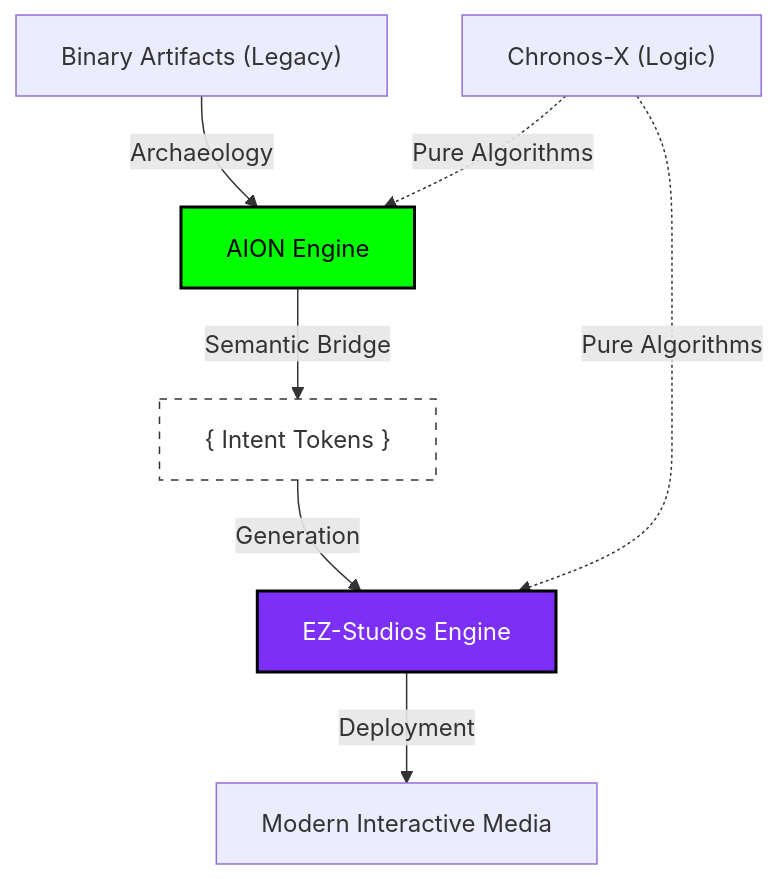
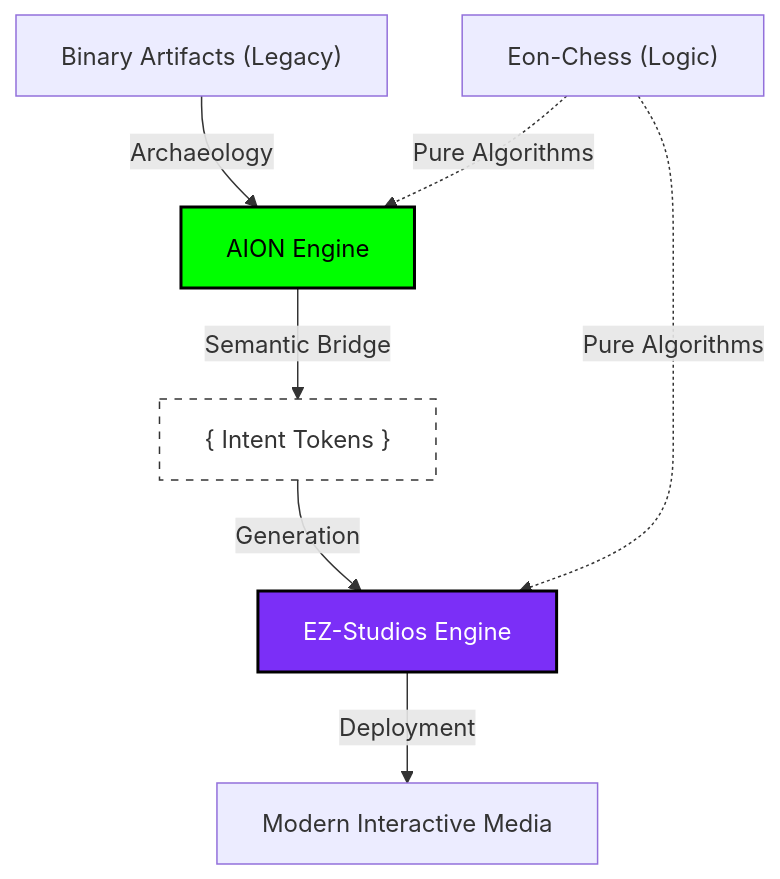
One commit to ez-fundation/.github changed the diagram in profile/README.md. Above: the diagram before and after it, drawn with Mermaid. The commit also changed other lines of this file and 1 other file, not shown here.

Commit message:
docs: replace Chronos-X with Eon-Chess as the central Logic pillar

````diff
--- a/profile/README.md
+++ b/profile/README.md
@@ -40,13 +40,13 @@
 ```mermaid
 graph TD
     A["Binary Artifacts (Legacy)"] -->|Archaeology| B["AION Engine"]
     B -->|Semantic Bridge| C["{ Intent Tokens }"]
     C -->|Generation| D["EZ-Studios Engine"]
     D -->|Deployment| E["Modern Interactive Media"]
-    F["Chronos-X (Logic)"] -.->|Pure Algorithms| B
+    F["Eon-Chess (Logic)"] -.->|Pure Algorithms| B
     F -.->|Pure Algorithms| D
     
     style B fill:#00ff00,stroke:#000,stroke-width:2px,color:#000
     style D fill:#7b2ff7,stroke:#000,stroke-width:2px,color:#fff
     style C fill:#fff,stroke:#333,stroke-dasharray: 5 5
 ```
````
